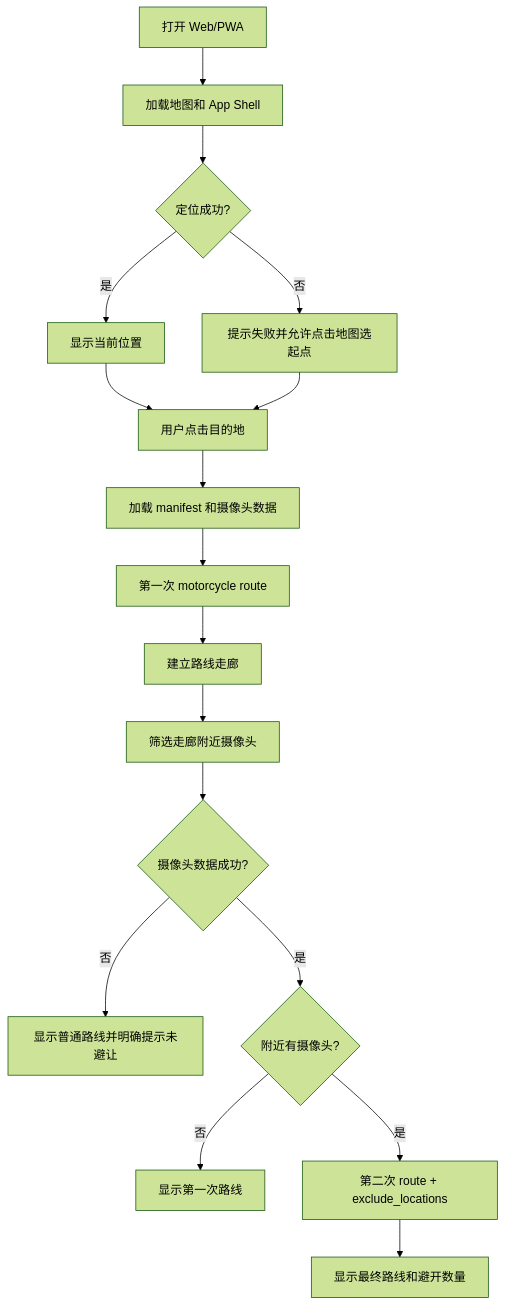
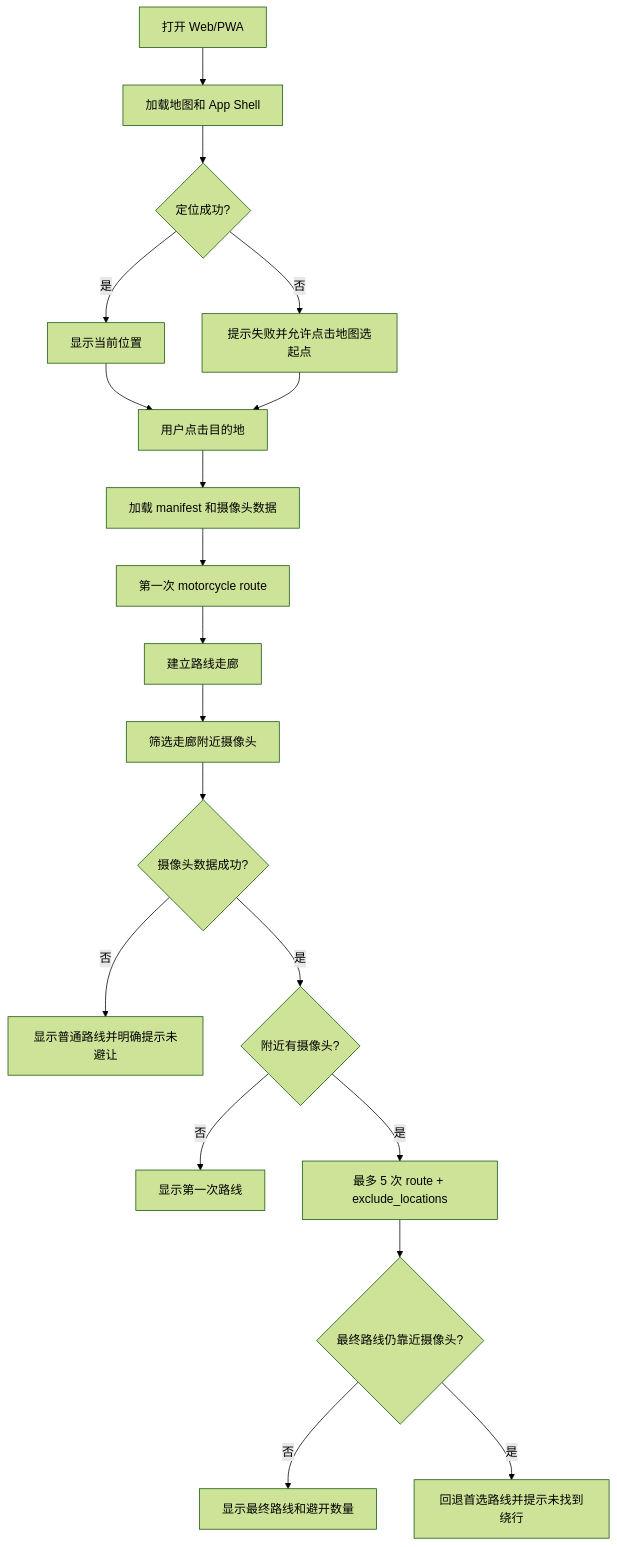
The second of 4 diagrams in docs/guangzhou-motorcycle-routing-implementation-plan.md (The-V-Factor/PeiXiu), drawn with Mermaid (forest theme) before and after one commit. The commit also changed other lines of this file and 4 other files, not shown here.

````diff
--- a/docs/guangzhou-motorcycle-routing-implementation-plan.md
+++ b/docs/guangzhou-motorcycle-routing-implementation-plan.md
@@ -135,19 +135,21 @@
 ```mermaid
 flowchart TD
     A[打开 Web/PWA] --> B[加载地图和 App Shell]
     B --> C{定位成功?}
     C -->|是| D[显示当前位置]
     C -->|否| E[提示失败并允许点击地图选起点]
     D --> F[用户点击目的地]
     E --> F
     F --> G[加载 manifest 和摄像头数据]
     G --> H[第一次 motorcycle route]
     H --> I[建立路线走廊]
     I --> J[筛选走廊附近摄像头]
     J --> K{摄像头数据成功?}
     K -->|否| L[显示普通路线并明确提示未避让]
     K -->|是| M{附近有摄像头?}
     M -->|否| N[显示第一次路线]
-    M -->|是| O[第二次 route + exclude_locations]
-    O --> P[显示最终路线和避开数量]
+    M -->|是| O[最多 5 次 route + exclude_locations]
+    O --> P{最终路线仍靠近摄像头?}
+    P -->|否| Q[显示最终路线和避开数量]
+    P -->|是| R[回退首选路线并提示未找到绕行]
 ```
````
